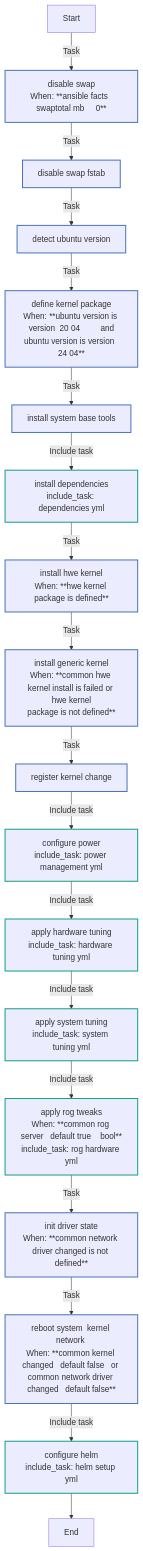
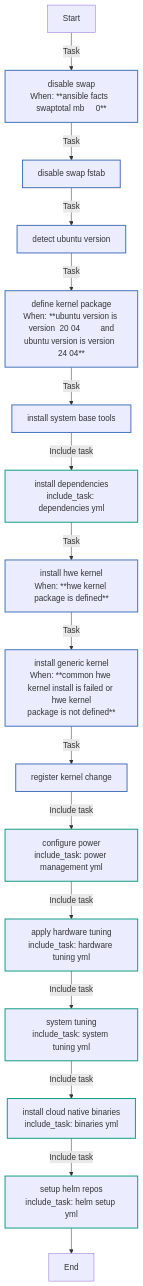
Before and after one commit to rou-cru/k3s-homelab: the fifth of 9 diagrams in roles/common/README.md, drawn with Mermaid. The commit also changed other lines of this file and 96 other files, not shown here.

````diff
--- a/roles/common/README.md
+++ b/roles/common/README.md
@@ -422,30 +504,28 @@
 ```mermaid
 flowchart TD
 Start
 classDef block stroke:#3498db,stroke-width:2px;
 classDef task stroke:#4b76bb,stroke-width:2px;
 classDef includeTasks stroke:#16a085,stroke-width:2px;
 classDef importTasks stroke:#34495e,stroke-width:2px;
 classDef includeRole stroke:#2980b9,stroke-width:2px;
 classDef importRole stroke:#699ba7,stroke-width:2px;
 classDef includeVars stroke:#8e44ad,stroke-width:2px;
 classDef rescue stroke:#665352,stroke-width:2px;
 
   Start-->|Task| Disable_swap0[disable swap<br>When: **ansible facts  swaptotal mb     0**]:::task
   Disable_swap0-->|Task| Disable_swap__fstab_1[disable swap  fstab ]:::task
   Disable_swap__fstab_1-->|Task| Detect_Ubuntu_version2[detect ubuntu version]:::task
   Detect_Ubuntu_version2-->|Task| Define_kernel_package3[define kernel package<br>When: **ubuntu version is version  20 04         and<br>ubuntu version is version  24 04**]:::task
   Define_kernel_package3-->|Task| Install_system_base_tools4[install system base tools]:::task
   Install_system_base_tools4-->|Include task| Install_dependencies_dependencies_yml_5[install dependencies<br>include_task: dependencies yml]:::includeTasks
   Install_dependencies_dependencies_yml_5-->|Task| Install_HWE_kernel6[install hwe kernel<br>When: **hwe kernel package is defined**]:::task
   Install_HWE_kernel6-->|Task| Install_generic_kernel7[install generic kernel<br>When: **common hwe kernel install is failed or hwe kernel<br>package is not defined**]:::task
   Install_generic_kernel7-->|Task| Register_kernel_change8[register kernel change]:::task
   Register_kernel_change8-->|Include task| Configure_power_power_management_yml_9[configure power<br>include_task: power management yml]:::includeTasks
   Configure_power_power_management_yml_9-->|Include task| Apply_hardware_tuning_hardware_tuning_yml_10[apply hardware tuning<br>include_task: hardware tuning yml]:::includeTasks
-  Apply_hardware_tuning_hardware_tuning_yml_10-->|Include task| Apply_system_tuning_system_tuning_yml_11[apply system tuning<br>include_task: system tuning yml]:::includeTasks
-  Apply_system_tuning_system_tuning_yml_11-->|Include task| Apply_ROG_tweaks_rog_hardware_yml_12[apply rog tweaks<br>When: **common rog server   default true    bool**<br>include_task: rog hardware yml]:::includeTasks
-  Apply_ROG_tweaks_rog_hardware_yml_12-->|Task| Init_driver_state13[init driver state<br>When: **common network driver changed is not defined**]:::task
-  Init_driver_state13-->|Task| Reboot_system__kernel_network_14[reboot system  kernel network <br>When: **common kernel changed   default false   or <br>common network driver changed   default false**]:::task
-  Reboot_system__kernel_network_14-->|Include task| Configure_Helm_helm_setup_yml_15[configure helm<br>include_task: helm setup yml]:::includeTasks
-  Configure_Helm_helm_setup_yml_15-->End
+  Apply_hardware_tuning_hardware_tuning_yml_10-->|Include task| System_Tuning_system_tuning_yml_11[system tuning<br>include_task: system tuning yml]:::includeTasks
+  System_Tuning_system_tuning_yml_11-->|Include task| Install_Cloud_Native_Binaries_binaries_yml_12[install cloud native binaries<br>include_task: binaries yml]:::includeTasks
+  Install_Cloud_Native_Binaries_binaries_yml_12-->|Include task| Setup_Helm_Repos_helm_setup_yml_13[setup helm repos<br>include_task: helm setup yml]:::includeTasks
+  Setup_Helm_Repos_helm_setup_yml_13-->End
 ```
````
